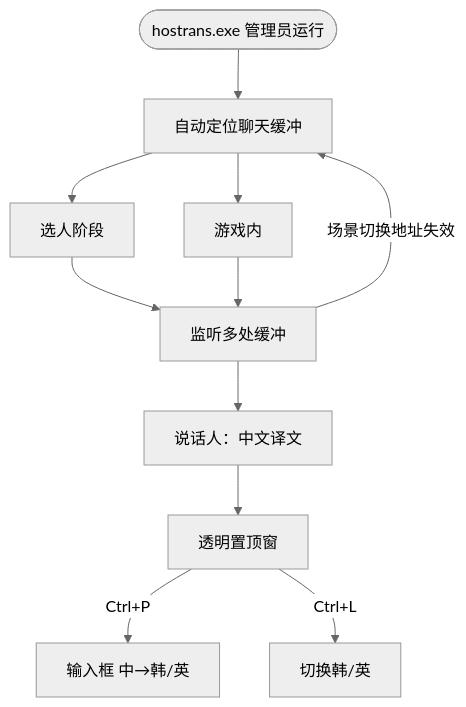
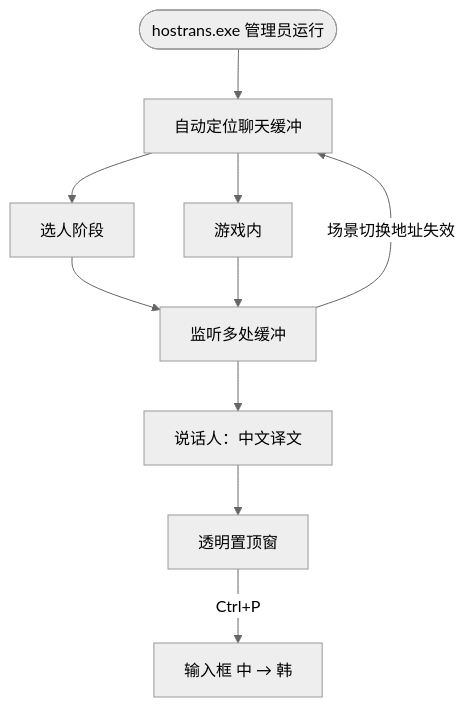
Before and after one commit to lewoking/hostrans-go: the diagram in README.md, drawn with Mermaid (neutral theme). The commit also changed other lines of this file and 6 other files, not shown here.

````diff
--- a/README.md
+++ b/README.md
@@ -5,13 +5,12 @@
 ```mermaid
 flowchart TB
     Start(["hostrans.exe 管理员运行"]) --> Auto["自动定位聊天缓冲"]
     Auto --> Draft[选人阶段]
     Auto --> InGame[游戏内]
     Draft --> Poll["监听多处缓冲"]
     InGame --> Poll
     Poll -->|场景切换地址失效| Auto
     Poll --> ZH["说话人：中文译文"]
     ZH --> OV[透明置顶窗]
-    OV -->|"Ctrl+P"| Paste["输入框 中→韩/英"]
-    OV -->|"Ctrl+L"| Lang[切换韩/英]
+    OV -->|"Ctrl+P"| Paste["输入框 中 → 韩"]
 ```
````
